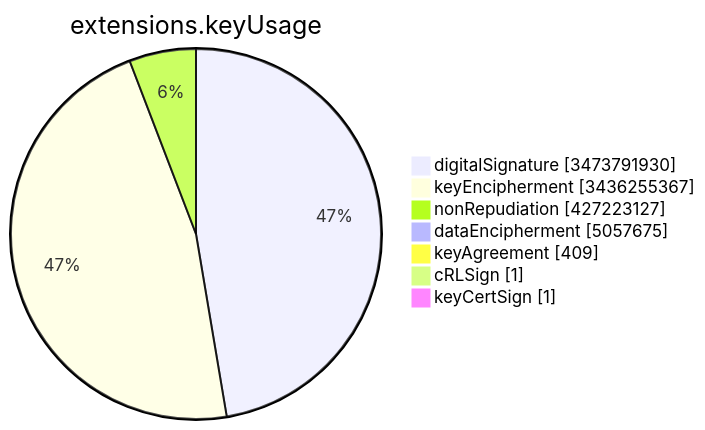
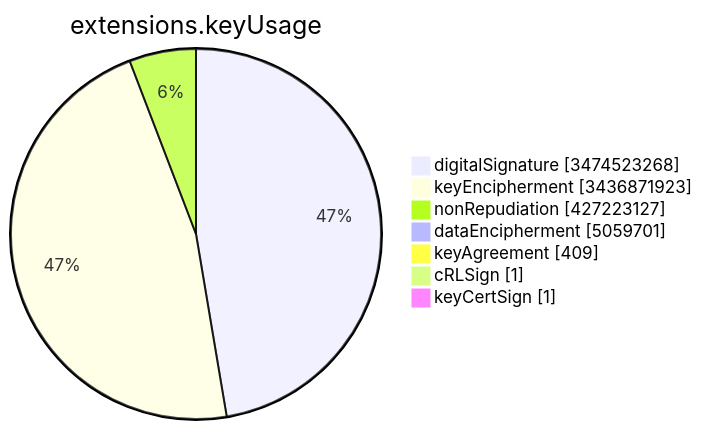
Before and after one commit to christiankrug/ctmonitor_visualization: the sixth of 15 diagrams in TOTAL/README.md, drawn with Mermaid. The commit also changed other lines of this file, not shown here.

````diff
--- a/TOTAL/README.md
+++ b/TOTAL/README.md
@@ -3082,11 +3082,11 @@
 ```mermaid
 pie showData
 title extensions.keyUsage
-"digitalSignature" :3473791930
-"keyEncipherment" :3436255367
+"digitalSignature" :3474523268
+"keyEncipherment" :3436871923
 "nonRepudiation" :427223127
-"dataEncipherment" :5057675
+"dataEncipherment" :5059701
 "keyAgreement" :409
 "cRLSign" :1
 "keyCertSign" :1
 ```
````
